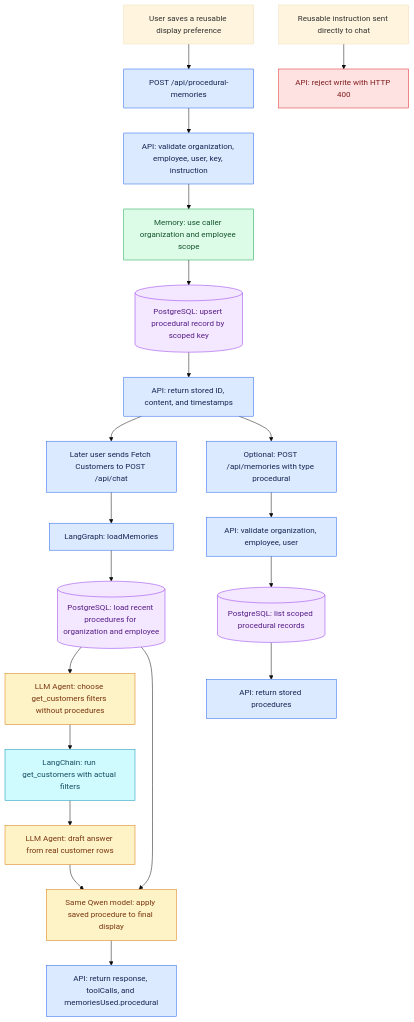
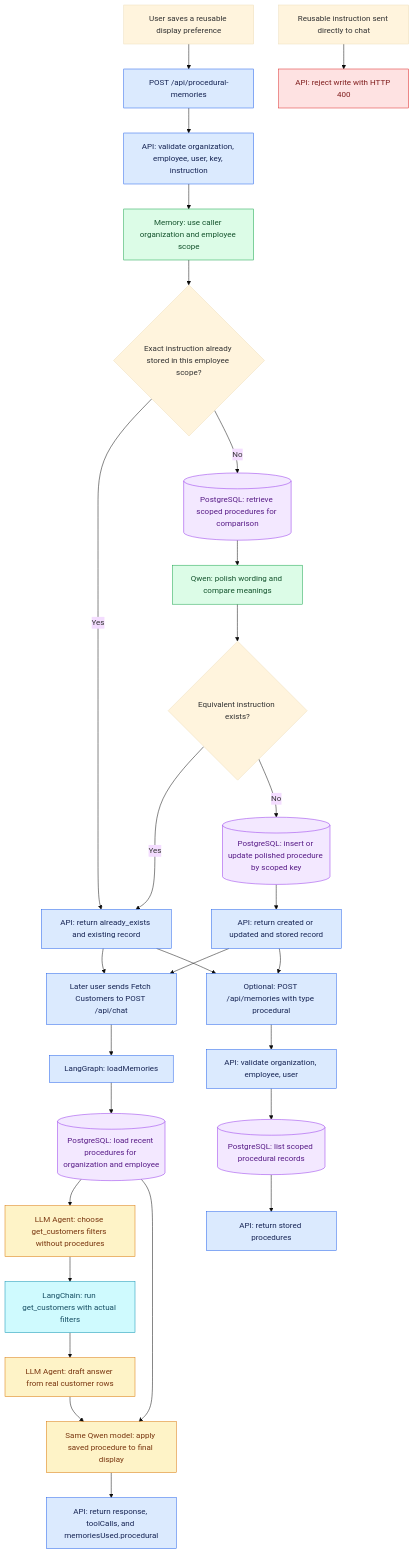
One commit to kamran186/langchain changed the third of 3 diagrams in docs/memory-search-flowcharts.md. Above: the diagram before and after it, drawn with Mermaid (base theme). The commit also changed other lines of this file and 10 other files, not shown here.

Commit message:
feat: polish and deduplicate employee memories

````diff
--- a/docs/memory-search-flowcharts.md
+++ b/docs/memory-search-flowcharts.md
@@ -79,36 +84,44 @@
 ```mermaid
 flowchart TD
     userPrompt["User saves a reusable display preference"] --> writeApi["POST /api/procedural-memories"]
     writeApi --> writeValidate["API: validate organization, employee, user, key, instruction"]
     writeValidate --> writeScope["Memory: use caller organization and employee scope"]
-    writeScope --> writeDb[("PostgreSQL: upsert procedural record by scoped key")]
-    writeDb --> writeResponse["API: return stored ID, content, and timestamps"]
+    writeScope --> exact{"Exact instruction already stored in this employee scope?"}
+    exact -- Yes --> writeResponse
+    exact -- No --> candidates[("PostgreSQL: retrieve scoped procedures for comparison")]
+    candidates --> refine["Qwen: polish wording and compare meanings"]
+    refine --> duplicate{"Equivalent instruction exists?"}
+    duplicate -- Yes --> writeResponse["API: return already_exists and existing record"]
+    duplicate -- No --> writeDb[("PostgreSQL: insert or update polished procedure by scoped key")]
+    writeDb --> saveResponse["API: return created or updated and stored record"]
+    saveResponse --> nextPrompt["Later user sends Fetch Customers to POST /api/chat"]
     writeResponse --> nextPrompt["Later user sends Fetch Customers to POST /api/chat"]
     nextPrompt --> loadNode["LangGraph: loadMemories"]
     loadNode --> readDb[("PostgreSQL: load recent procedures for organization and employee")]
     readDb --> toolDecision["LLM Agent: choose get_customers filters without procedures"]
     toolDecision --> customerTool["LangChain: run get_customers with actual filters"]
     customerTool --> draft["LLM Agent: draft answer from real customer rows"]
     draft --> presentation["Same Qwen model: apply saved procedure to final display"]
     readDb --> presentation
     presentation --> chatResponse["API: return response, toolCalls, and memoriesUsed.procedural"]
     writeResponse --> readApi["Optional: POST /api/memories with type procedural"]
+    saveResponse --> readApi
     readApi --> readValidate["API: validate organization, employee, user"]
     readValidate --> inspectDb[("PostgreSQL: list scoped procedural records")]
     inspectDb --> readResponse["API: return stored procedures"]
     badWrite["Reusable instruction sent directly to chat"] --> chatReject["API: reject write with HTTP 400"]
     classDef apiNode fill:#dbeafe,stroke:#2563eb,color:#172554
     classDef graphNode fill:#dbeafe,stroke:#2563eb,color:#172554
     classDef memoryNode fill:#dcfce7,stroke:#16a34a,color:#14532d
     classDef dataNode fill:#f3e8ff,stroke:#9333ea,color:#581c87
     classDef agentNode fill:#fef3c7,stroke:#d97706,color:#78350f
     classDef chainNode fill:#cffafe,stroke:#0891b2,color:#164e63
     classDef rejectNode fill:#fee2e2,stroke:#dc2626,color:#7f1d1d
-    class writeApi,writeValidate,writeResponse,nextPrompt,chatResponse,readApi,readValidate,readResponse apiNode
-    class writeScope memoryNode
+    class writeApi,writeValidate,writeResponse,saveResponse,nextPrompt,chatResponse,readApi,readValidate,readResponse apiNode
+    class writeScope,refine memoryNode
     class loadNode graphNode
-    class writeDb,readDb,inspectDb dataNode
+    class candidates,writeDb,readDb,inspectDb dataNode
     class toolDecision,draft,presentation agentNode
     class customerTool chainNode
     class chatReject rejectNode
 ```
````
